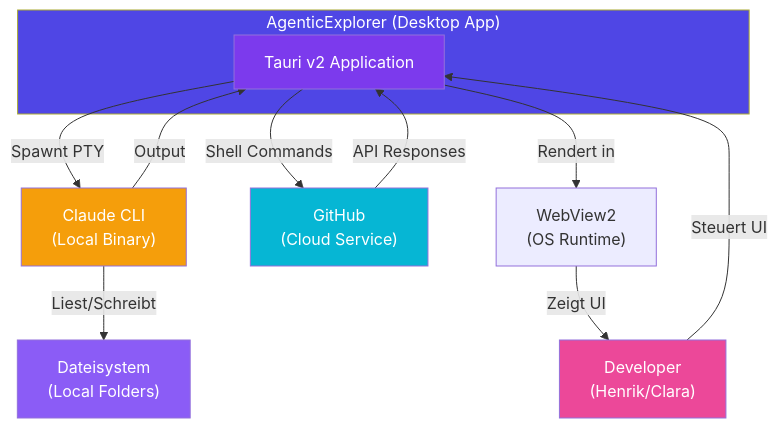
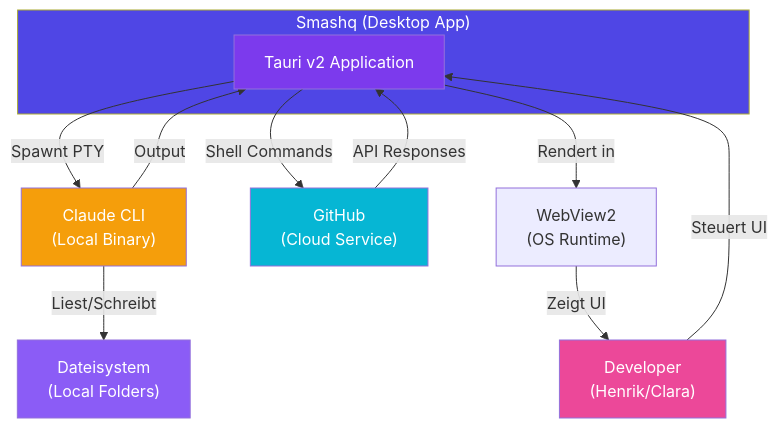
One commit to ARO-LABS/smashq changed the fourth of 24 diagrams in Softwareprozess/arc42-specification.md. Above: the diagram before and after it, drawn with Mermaid. The commit also changed other lines of this file, not shown here.

First line of the commit message:
docs(arc42): Master-Spec mit Smashq-1.0.0-Realitaet abgleichen

````diff
--- a/Softwareprozess/arc42-specification.md
+++ b/Softwareprozess/arc42-specification.md
@@ -170,28 +170,28 @@
 ```mermaid
 graph TB
-    subgraph System["AgenticExplorer (Desktop App)"]
+    subgraph System["Smashq (Desktop App)"]
         App["Tauri v2 Application"]
     end
 
     Developer["Developer<br/>(Henrik/Clara)"]
     Claude["Claude CLI<br/>(Local Binary)"]
     GitHub["GitHub<br/>(Cloud Service)"]
     FileSystem["Dateisystem<br/>(Local Folders)"]
     WebView["WebView2<br/>(OS Runtime)"]
 
     Developer -->|Steuert UI| App
     App -->|Spawnt PTY| Claude
     Claude -->|Liest/Schreibt| FileSystem
     Claude -->|Output| App
     App -->|Shell Commands| GitHub
     GitHub -->|API Responses| App
     App -->|Rendert in| WebView
     WebView -->|Zeigt UI| Developer
 
     style System fill:#4f46e5,color:#fff
     style App fill:#7c3aed,color:#fff
     style Developer fill:#ec4899,color:#fff
     style Claude fill:#f59e0b,color:#fff
     style GitHub fill:#06b6d4,color:#fff
     style FileSystem fill:#8b5cf6,color:#fff
 ```
````
